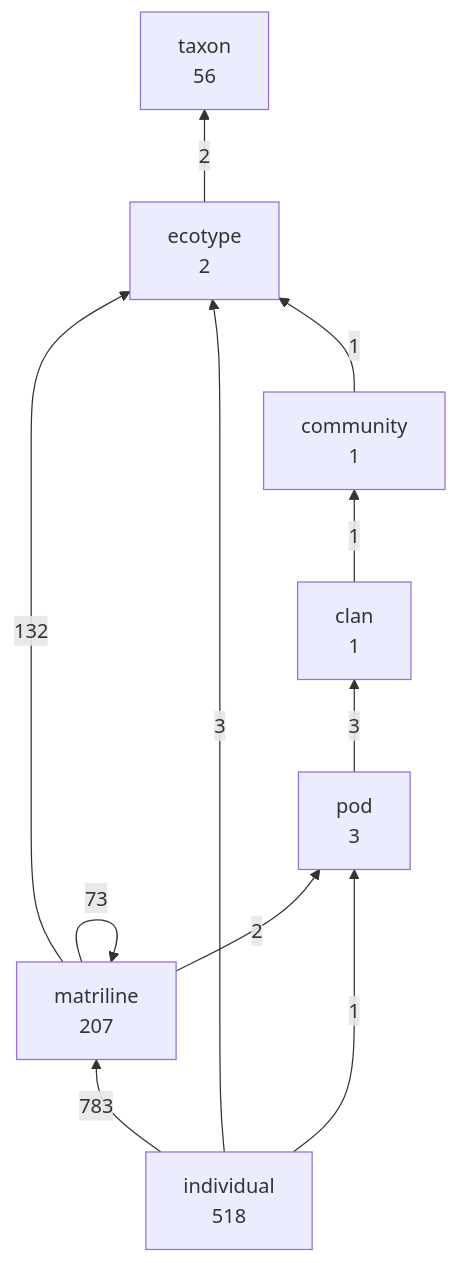
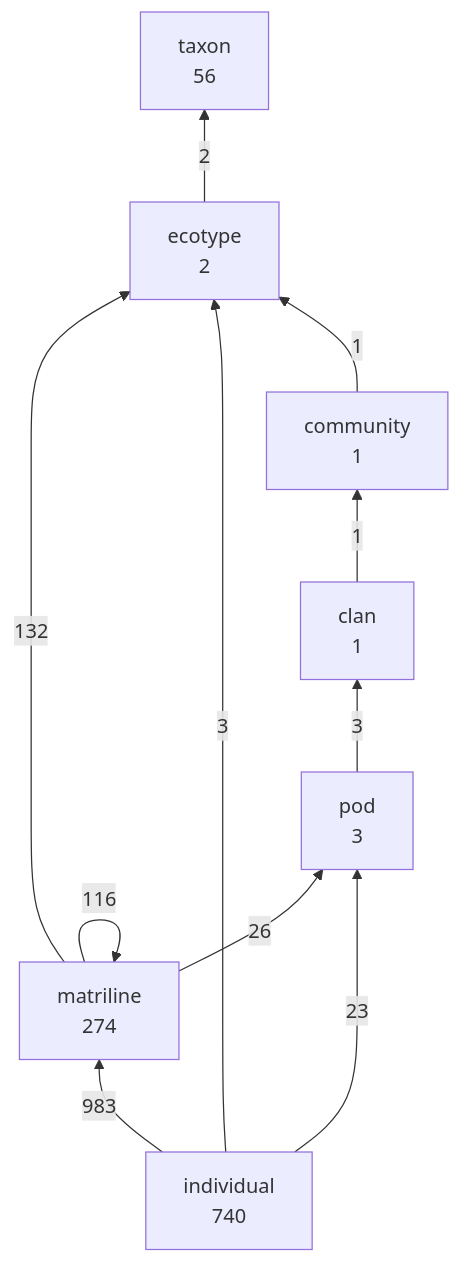
The first of 2 diagrams in dist/structure.md (salish-sea/animals), drawn with Mermaid before and after one commit. The commit also changed other lines of this file and 17 other files, not shown here.

````diff
--- a/dist/structure.md
+++ b/dist/structure.md
@@ -11,20 +11,20 @@
 ```mermaid
 graph BT
   clan["clan<br/>1"]
   community["community<br/>1"]
   ecotype["ecotype<br/>2"]
-  individual["individual<br/>518"]
-  matriline["matriline<br/>207"]
+  individual["individual<br/>740"]
+  matriline["matriline<br/>274"]
   pod["pod<br/>3"]
   taxon["taxon<br/>56"]
-  individual -->|783| matriline
+  individual -->|983| matriline
   matriline -->|132| ecotype
-  matriline -->|73| matriline
+  matriline -->|116| matriline
+  matriline -->|26| pod
+  individual -->|23| pod
   individual -->|3| ecotype
   pod -->|3| clan
   ecotype -->|2| taxon
-  matriline -->|2| pod
   clan -->|1| community
   community -->|1| ecotype
-  individual -->|1| pod
 ```
````
